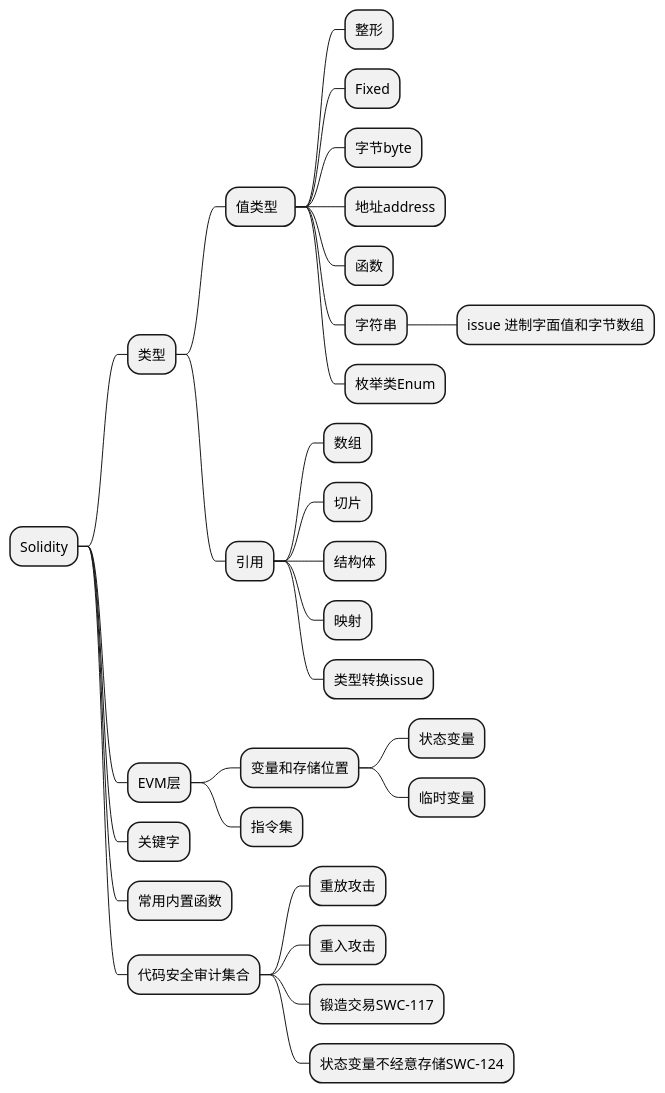
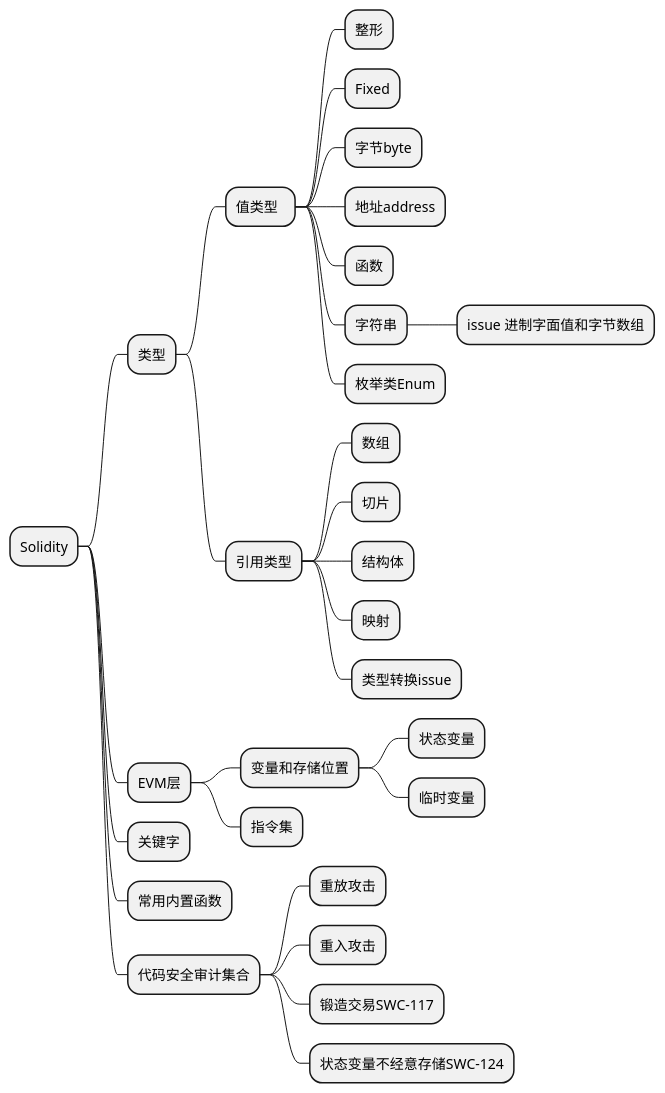
Before and after one commit to Tomatoooogerambo/notes-repo: the diagram in solidity/0-overview.md, drawn with PlantUML. The commit also changed 1 other file, not shown here.

Commit message:
add notes

````diff
--- a/solidity/0-overview.md
+++ b/solidity/0-overview.md
@@ -1,37 +1,37 @@
 ```plantuml
 @startmindmap
 + Solidity
 ++ 类型
 +++ 值类型  
 ++++ 整形
 ++++ Fixed
 ++++ 字节byte
 ++++ 地址address
 ++++ 函数
 ++++ 字符串
 +++++ issue 进制字面值和字节数组
 ++++ 枚举类Enum
-+++ 引用
++++ 引用类型
 ++++ 数组
 ++++ 切片
 ++++ 结构体
 ++++ 映射
 ++++ 类型转换issue
 
 ++ EVM层
 +++ 变量和存储位置
 ++++ 状态变量
 ++++ 临时变量
 +++ 指令集
 
 ++ 关键字
 
 ++ 常用内置函数
 
 ++ 代码安全审计集合
 +++ 重放攻击
 +++ 重入攻击
 +++ 锻造交易SWC-117
 +++ 状态变量不经意存储SWC-124
 @endmindmap
 ```
````
